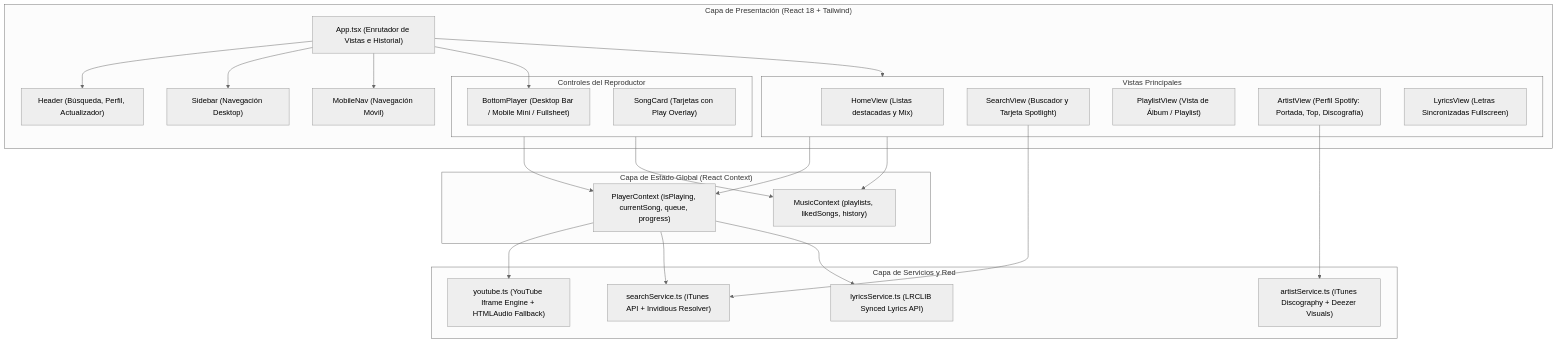
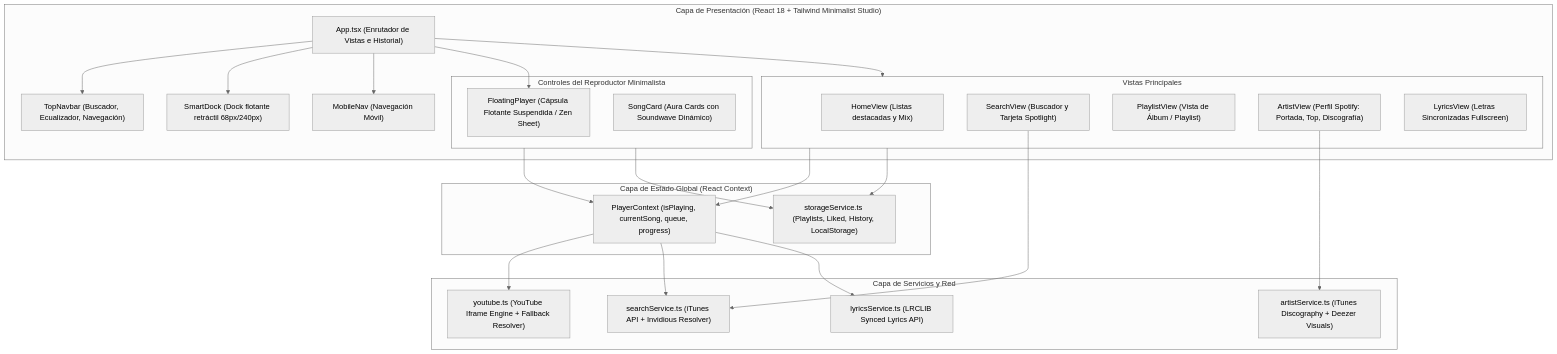
The diagram in docs/architecture.md (daniih03/free-spoty), drawn with Mermaid (neutral theme) before and after one commit. The commit also changed other lines of this file and 7 other files, not shown here.

Commit message:
feat: complete Minimalist Studio UI redesign with SmartDock, FloatingPlayer, and Aura cards

````diff
--- a/docs/architecture.md
+++ b/docs/architecture.md
@@ -9,51 +9,51 @@
 ```mermaid
 flowchart TD
-    subgraph UI ["Capa de Presentación (React 18 + Tailwind)"]
+    subgraph UI ["Capa de Presentación (React 18 + Tailwind Minimalist Studio)"]
         App["App.tsx (Enrutador de Vistas e Historial)"]
-        Sidebar["Sidebar (Navegación Desktop)"]
+        SmartDock["SmartDock (Dock flotante retráctil 68px/240px)"]
         MobileNav["MobileNav (Navegación Móvil)"]
-        Header["Header (Búsqueda, Perfil, Actualizador)"]
+        TopNavbar["TopNavbar (Buscador, Ecualizador, Navegación)"]
         
         subgraph Views ["Vistas Principales"]
             HomeView["HomeView (Listas destacadas y Mix)"]
             SearchView["SearchView (Buscador y Tarjeta Spotlight)"]
             PlaylistView["PlaylistView (Vista de Álbum / Playlist)"]
             ArtistView["ArtistView (Perfil Spotify: Portada, Top, Discografía)"]
             LyricsView["LyricsView (Letras Sincronizadas Fullscreen)"]
         end
 
-        subgraph PlayerUI ["Controles del Reproductor"]
-            BottomPlayer["BottomPlayer (Desktop Bar / Mobile Mini / Fullsheet)"]
-            SongCard["SongCard (Tarjetas con Play Overlay)"]
+        subgraph PlayerUI ["Controles del Reproductor Minimalista"]
+            FloatingPlayer["FloatingPlayer (Cápsula Flotante Suspendida / Zen Sheet)"]
+            SongCard["SongCard (Aura Cards con Soundwave Dinámico)"]
         end
     end
 
     subgraph State ["Capa de Estado Global (React Context)"]
         PlayerCtx["PlayerContext (isPlaying, currentSong, queue, progress)"]
-        MusicCtx["MusicContext (playlists, likedSongs, history)"]
+        StorageSvc["storageService.ts (Playlists, Liked, History, LocalStorage)"]
     end
 
     subgraph Services ["Capa de Servicios y Red"]
         SearchSvc["searchService.ts (iTunes API + Invidious Resolver)"]
         ArtistSvc["artistService.ts (iTunes Discography + Deezer Visuals)"]
         LyricsSvc["lyricsService.ts (LRCLIB Synced Lyrics API)"]
-        YTSvc["youtube.ts (YouTube Iframe Engine + HTMLAudio Fallback)"]
+        YTSvc["youtube.ts (YouTube Iframe Engine + Fallback Resolver)"]
     end
 
-    App --> Header
-    App --> Sidebar
+    App --> TopNavbar
+    App --> SmartDock
     App --> MobileNav
     App --> Views
-    App --> BottomPlayer
+    App --> FloatingPlayer
 
     Views --> PlayerCtx
-    Views --> MusicCtx
+    Views --> StorageSvc
     PlayerUI --> PlayerCtx
-    PlayerUI --> MusicCtx
+    PlayerUI --> StorageSvc
 
     PlayerCtx --> YTSvc
     PlayerCtx --> SearchSvc
     PlayerCtx --> LyricsSvc
     SearchView --> SearchSvc
     ArtistView --> ArtistSvc
 ```
````
